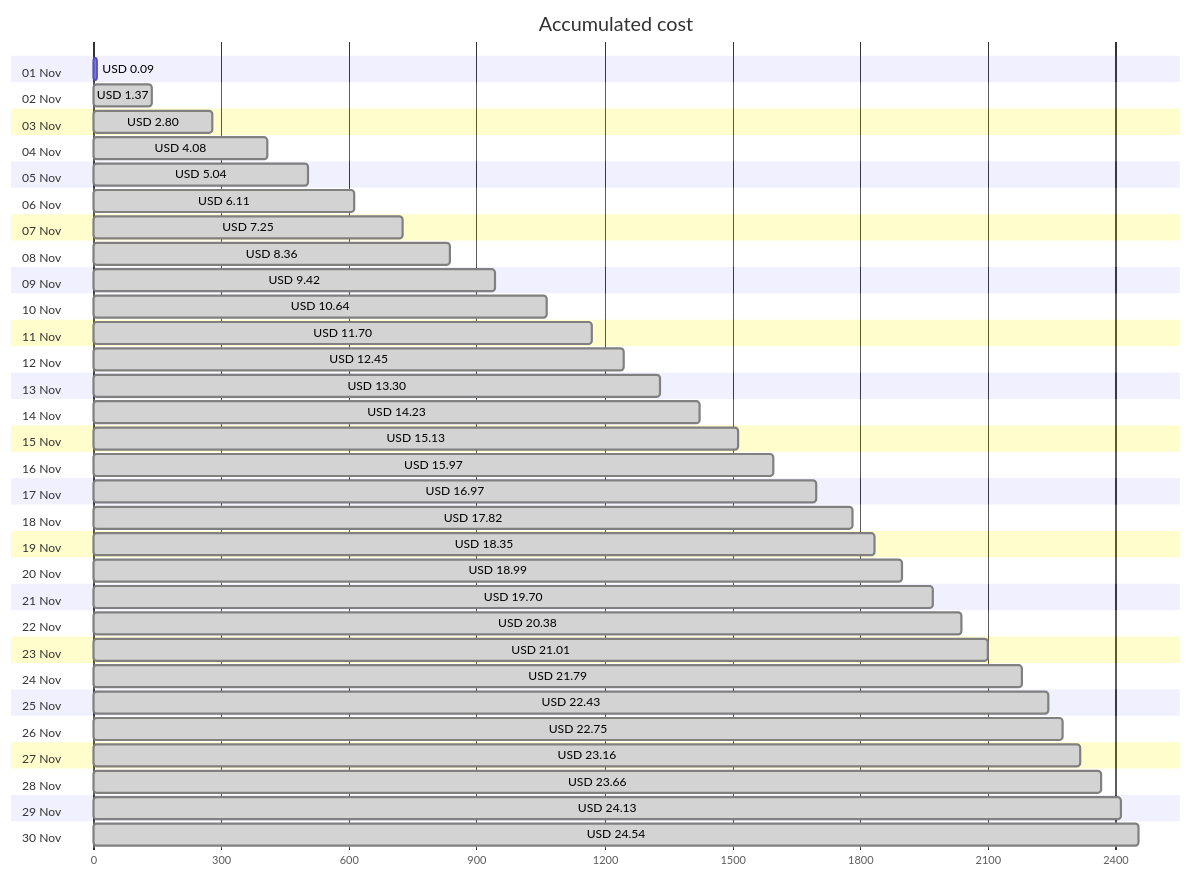
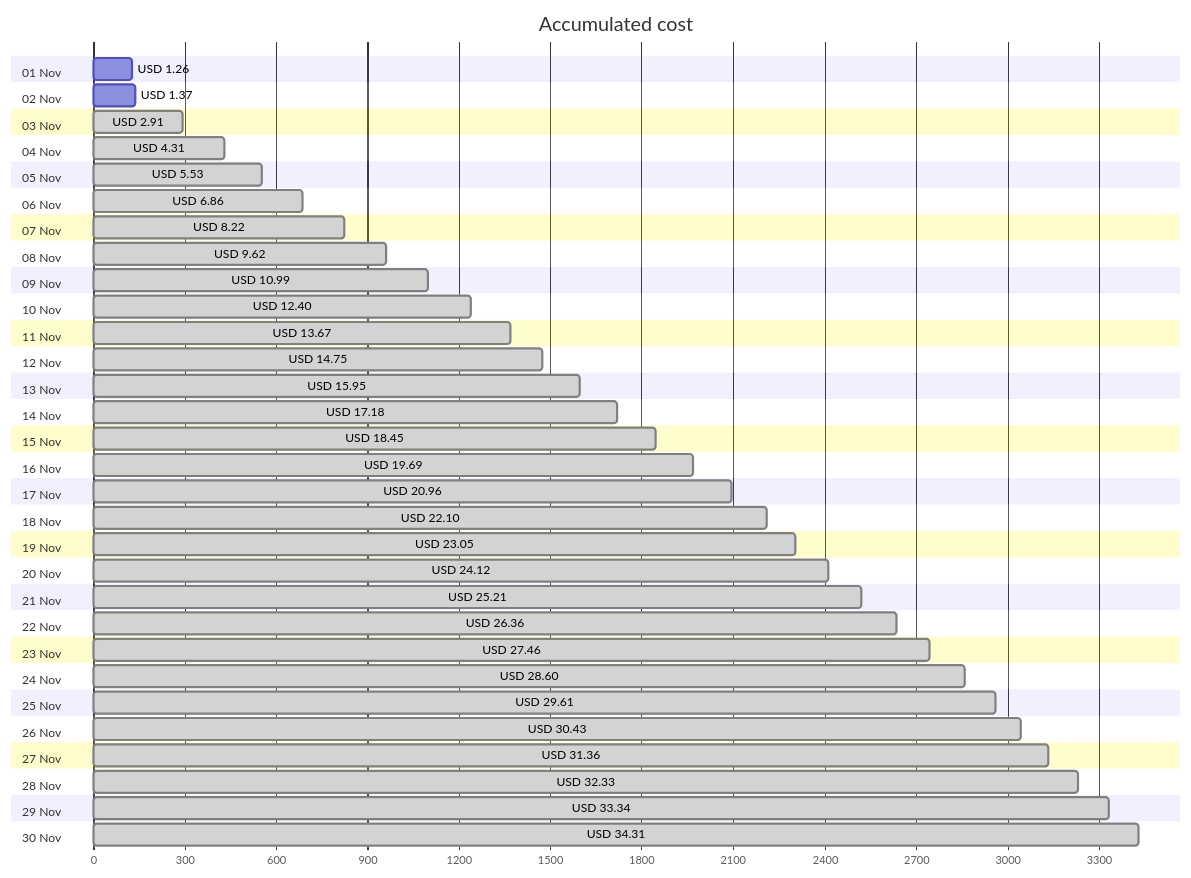
The first of 4 diagrams in cost-reports/personal-network/README.md (jpfulton/azure-personal-reports), drawn with Mermaid before and after one commit. The commit also changed other lines of this file and 8 other files, not shown here.

````diff
--- a/cost-reports/personal-network/README.md
+++ b/cost-reports/personal-network/README.md
@@ -20,66 +20,66 @@
 ```mermaid
 gantt
    title Accumulated cost
    dateFormat  X
    axisFormat %s
    section 01 Nov
-   USD 0.09 :0, 9
+   USD 1.26 :0, 126
    section 02 Nov
-   USD 1.37 : done, 0, 137
+   USD 1.37 :0, 137
    section 03 Nov
-   USD 2.80 : done, 0, 280
+   USD 2.91 : done, 0, 291
    section 04 Nov
-   USD 4.08 : done, 0, 408
+   USD 4.31 : done, 0, 431
    section 05 Nov
-   USD 5.04 : done, 0, 504
+   USD 5.53 : done, 0, 553
    section 06 Nov
-   USD 6.11 : done, 0, 611
+   USD 6.86 : done, 0, 686
    section 07 Nov
-   USD 7.25 : done, 0, 725
+   USD 8.22 : done, 0, 822
    section 08 Nov
-   USD 8.36 : done, 0, 836
+   USD 9.62 : done, 0, 962
    section 09 Nov
-   USD 9.42 : done, 0, 942
+   USD 10.99 : done, 0, 1099
    section 10 Nov
-   USD 10.64 : done, 0, 1064
+   USD 12.40 : done, 0, 1240
    section 11 Nov
-   USD 11.70 : done, 0, 1170
+   USD 13.67 : done, 0, 1367
    section 12 Nov
-   USD 12.45 : done, 0, 1245
+   USD 14.75 : done, 0, 1475
    section 13 Nov
-   USD 13.30 : done, 0, 1330
+   USD 15.95 : done, 0, 1595
    section 14 Nov
-   USD 14.23 : done, 0, 1423
+   USD 17.18 : done, 0, 1718
    section 15 Nov
-   USD 15.13 : done, 0, 1513
+   USD 18.45 : done, 0, 1845
    section 16 Nov
-   USD 15.97 : done, 0, 1597
+   USD 19.69 : done, 0, 1969
    section 17 Nov
-   USD 16.97 : done, 0, 1697
+   USD 20.96 : done, 0, 2096
    section 18 Nov
-   USD 17.82 : done, 0, 1782
+   USD 22.10 : done, 0, 2210
    section 19 Nov
-   USD 18.35 : done, 0, 1835
+   USD 23.05 : done, 0, 2305
    section 20 Nov
-   USD 18.99 : done, 0, 1899
+   USD 24.12 : done, 0, 2412
    section 21 Nov
-   USD 19.70 : done, 0, 1970
+   USD 25.21 : done, 0, 2521
    section 22 Nov
-   USD 20.38 : done, 0, 2038
+   USD 26.36 : done, 0, 2636
    section 23 Nov
-   USD 21.01 : done, 0, 2101
+   USD 27.46 : done, 0, 2746
    section 24 Nov
-   USD 21.79 : done, 0, 2179
+   USD 28.60 : done, 0, 2860
    section 25 Nov
-   USD 22.43 : done, 0, 2243
+   USD 29.61 : done, 0, 2961
    section 26 Nov
-   USD 22.75 : done, 0, 2275
+   USD 30.43 : done, 0, 3043
    section 27 Nov
-   USD 23.16 : done, 0, 2316
+   USD 31.36 : done, 0, 3136
    section 28 Nov
-   USD 23.66 : done, 0, 2366
+   USD 32.33 : done, 0, 3233
    section 29 Nov
-   USD 24.13 : done, 0, 2413
+   USD 33.34 : done, 0, 3334
    section 30 Nov
-   USD 24.54 : done, 0, 2454
+   USD 34.31 : done, 0, 3431
 ```
````
